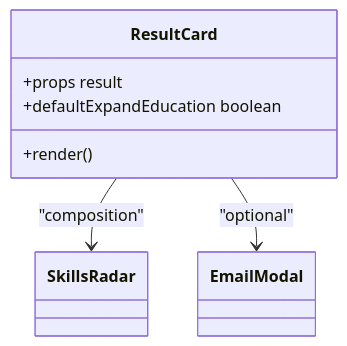
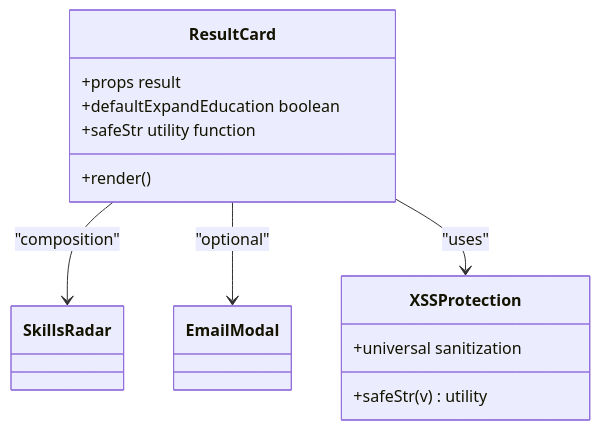
One commit to Revanththetalogics/aireume changed diagram 14 of 24 in .qoder/repowiki/en/content/Frontend Architecture/Frontend Architecture.md. Above: the diagram before and after it, drawn with Mermaid. The commit also changed other lines of this file and 61 other files, not shown here.

````diff
--- a/.qoder/repowiki/en/content/Frontend Architecture/Frontend Architecture.md
+++ b/.qoder/repowiki/en/content/Frontend Architecture/Frontend Architecture.md
@@ -615,12 +674,18 @@
 ```mermaid
 classDiagram
 class ResultCard {
 +props result
 +defaultExpandEducation boolean
++safeStr utility function
 +render()
 }
 class SkillsRadar
 class EmailModal
+class XSSProtection {
++safeStr(v) utility
++universal sanitization
+}
 ResultCard --> SkillsRadar : "composition"
 ResultCard --> EmailModal : "optional"
+ResultCard --> XSSProtection : "uses"
 ```
````
